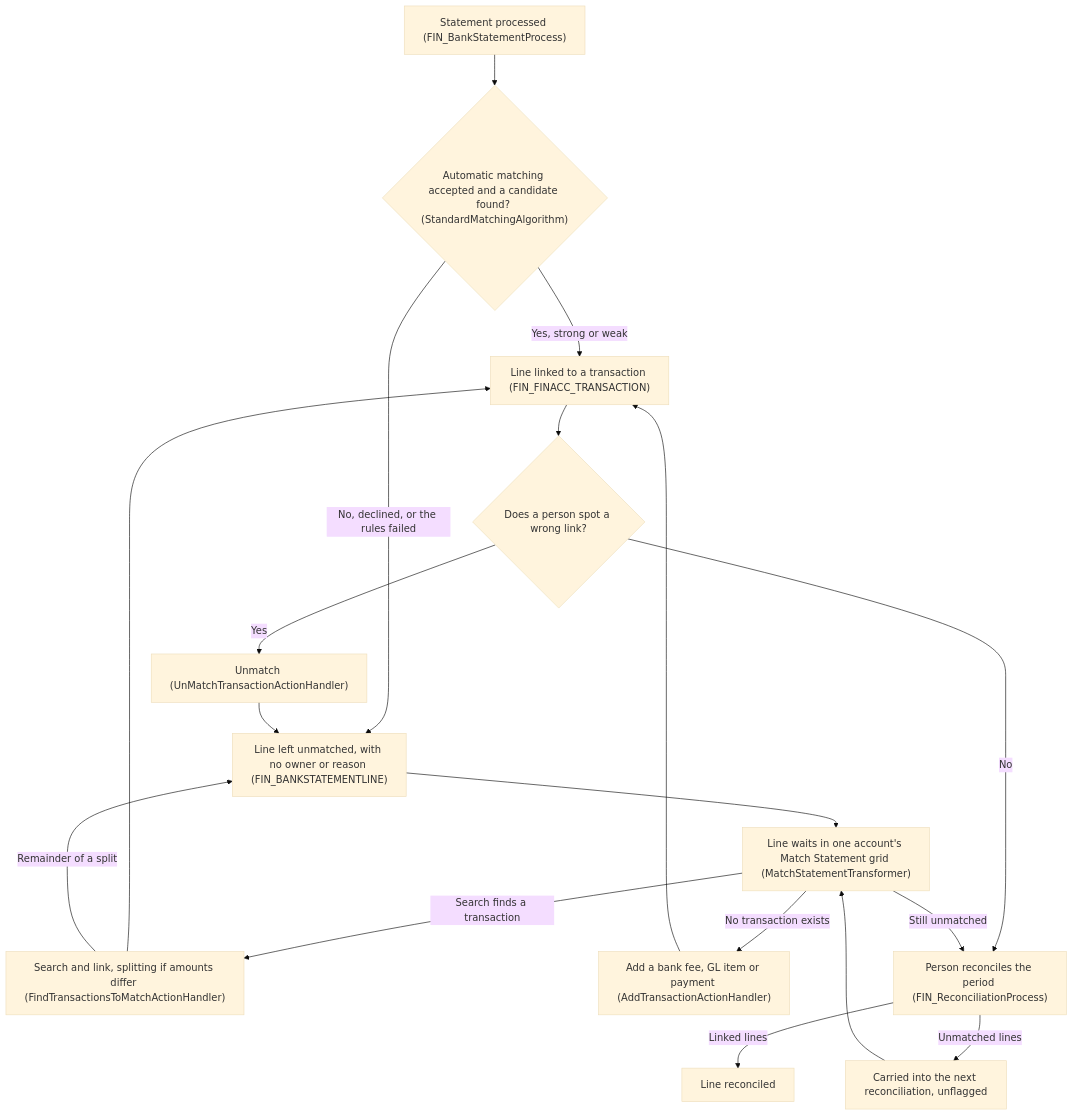
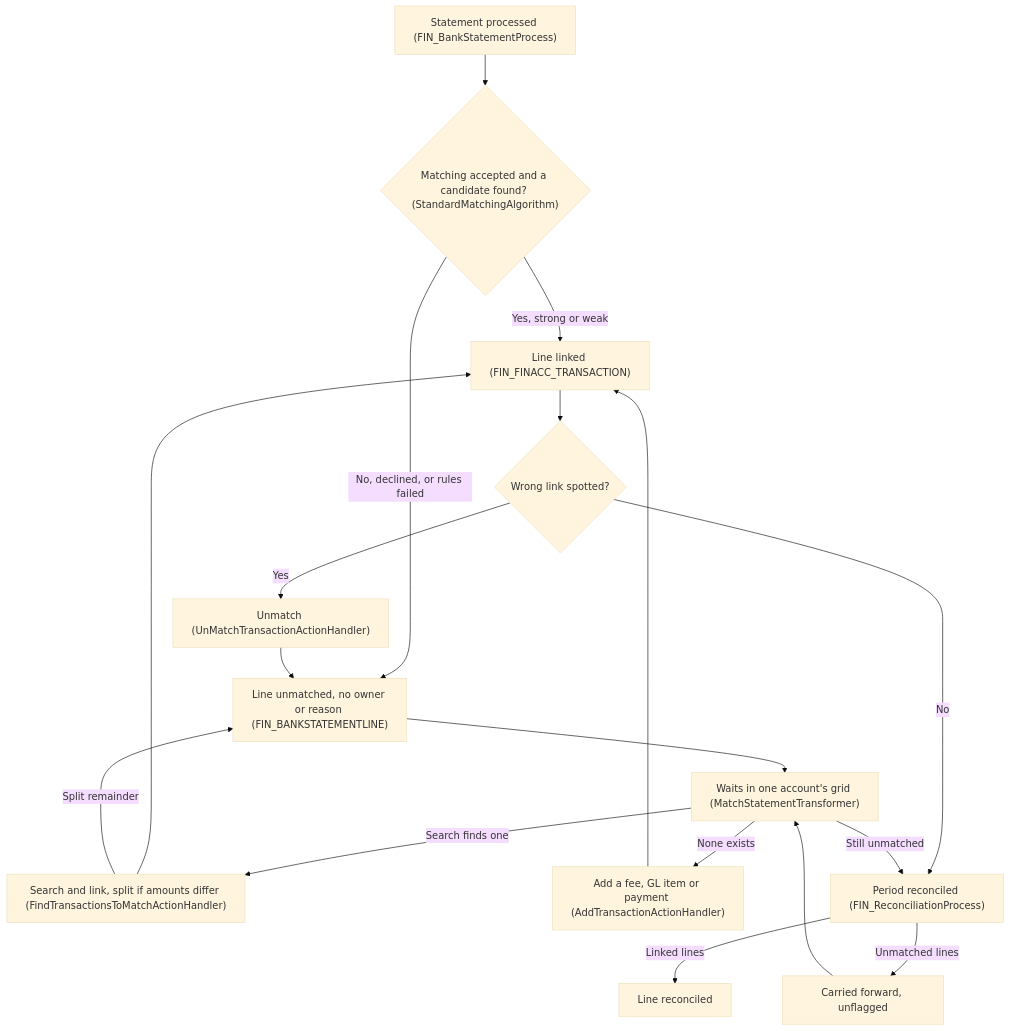
The ninth of 9 diagrams in docs/analysis/analysis-1-current-state-reconciliation.md (blitzy-public-samples/openbravo-erp), drawn with Mermaid (base theme) before and after one commit. The commit also changed other lines of this file and 1 other file, not shown here.

````diff
--- a/docs/analysis/analysis-1-current-state-reconciliation.md
+++ b/docs/analysis/analysis-1-current-state-reconciliation.md
@@ -550,20 +509,20 @@
 ```mermaid
 flowchart TD
-    A["Statement processed (FIN_BankStatementProcess)"] --> B{"Automatic matching accepted and a candidate found? (StandardMatchingAlgorithm)"}
-    B -->|"Yes, strong or weak"| L["Line linked to a transaction (FIN_FINACC_TRANSACTION)"]
-    B -->|"No, declined, or the rules failed"| U["Line left unmatched, with no owner or reason (FIN_BANKSTATEMENTLINE)"]
-    U --> G["Line waits in one account's Match Statement grid (MatchStatementTransformer)"]
-    G -->|"Search finds a transaction"| S["Search and link, splitting if amounts differ (FindTransactionsToMatchActionHandler)"]
-    G -->|"No transaction exists"| D["Add a bank fee, GL item or payment (AddTransactionActionHandler)"]
+    A["Statement processed (FIN_BankStatementProcess)"] --> B{"Matching accepted and a candidate found? (StandardMatchingAlgorithm)"}
+    B -->|"Yes, strong or weak"| L["Line linked (FIN_FINACC_TRANSACTION)"]
+    B -->|"No, declined, or rules failed"| U["Line unmatched, no owner or reason (FIN_BANKSTATEMENTLINE)"]
+    U --> G["Waits in one account's grid (MatchStatementTransformer)"]
+    G -->|"Search finds one"| S["Search and link, split if amounts differ (FindTransactionsToMatchActionHandler)"]
+    G -->|"None exists"| D["Add a fee, GL item or payment (AddTransactionActionHandler)"]
     S --> L
-    S -->|"Remainder of a split"| U
+    S -->|"Split remainder"| U
     D --> L
-    L --> W{"Does a person spot a wrong link?"}
+    L --> W{"Wrong link spotted?"}
     W -->|"Yes"| X["Unmatch (UnMatchTransactionActionHandler)"]
     X --> U
-    W -->|"No"| R["Person reconciles the period (FIN_ReconciliationProcess)"]
+    W -->|"No"| R["Period reconciled (FIN_ReconciliationProcess)"]
     G -->|"Still unmatched"| R
     R -->|"Linked lines"| C["Line reconciled"]
-    R -->|"Unmatched lines"| F["Carried into the next reconciliation, unflagged"]
+    R -->|"Unmatched lines"| F["Carried forward, unflagged"]
     F --> G
 ```
````
